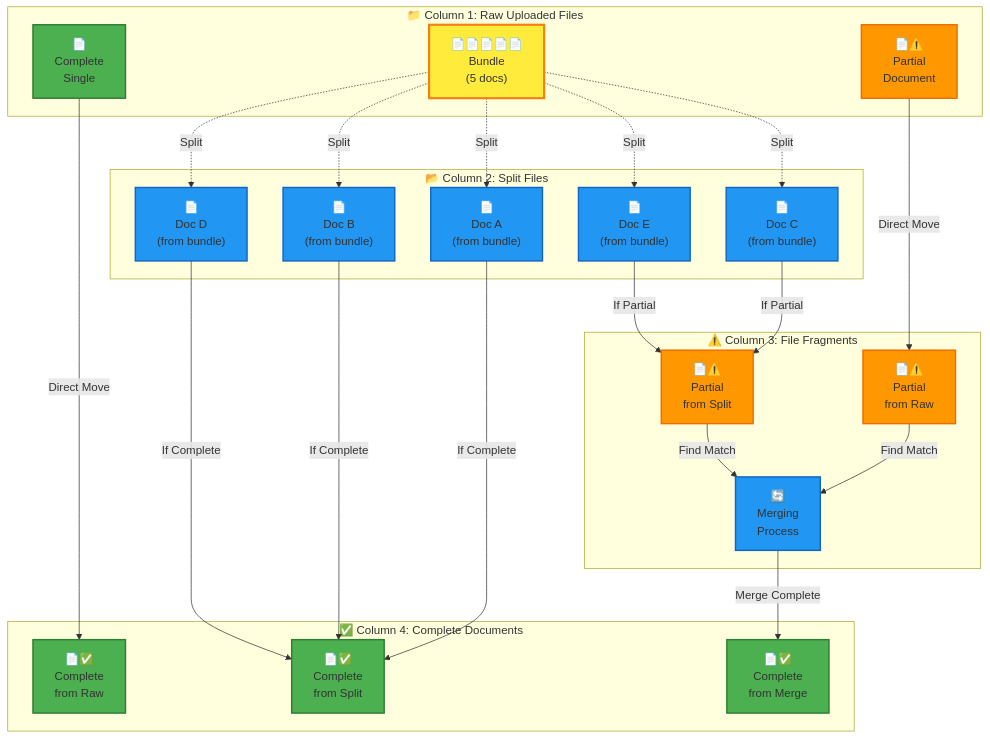
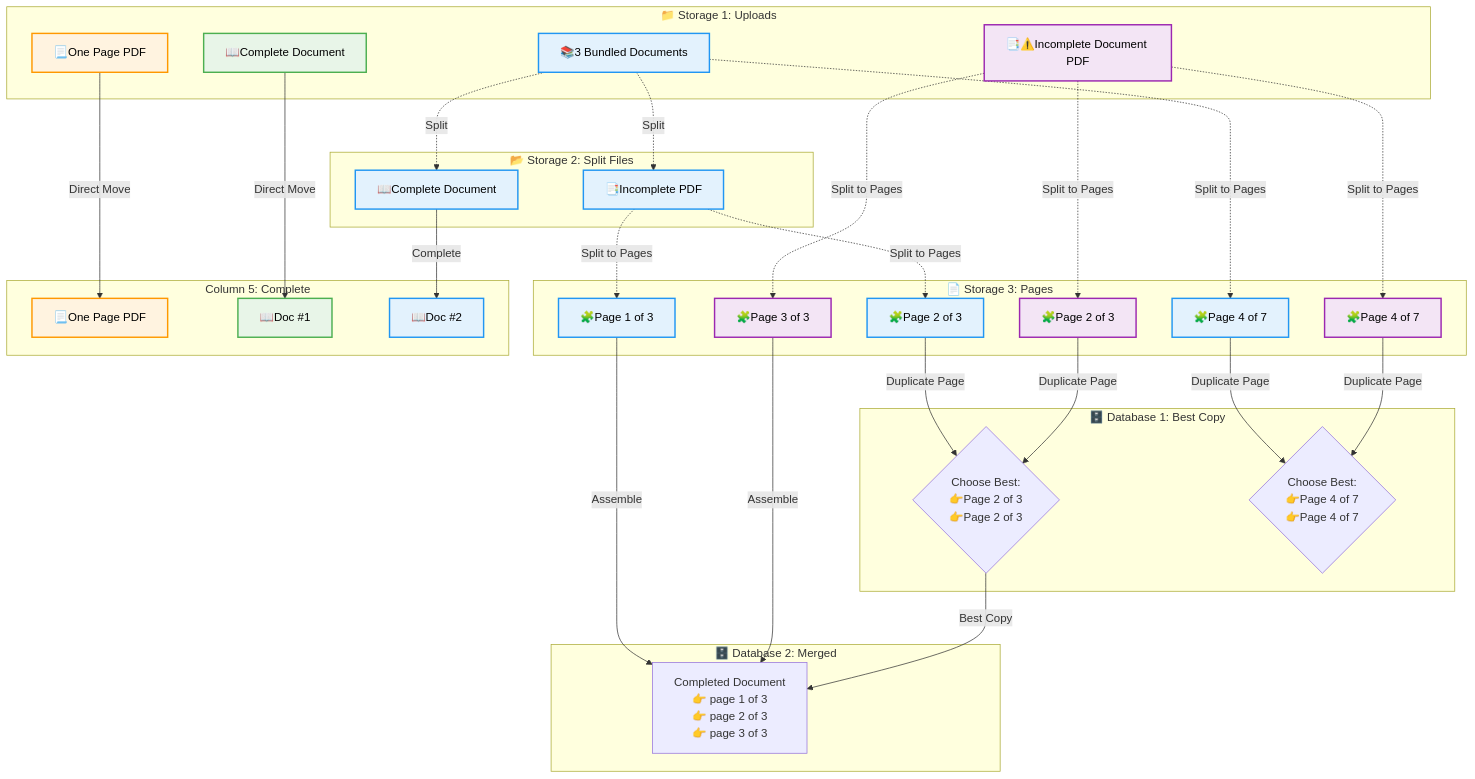
Before and after one commit to Mharbulous/Bookkeeper: the diagram in .plans/1. Ideas/Organizer.md, drawn with Mermaid. The commit also changed other lines of this file, not shown here.

Commit message:
Saving progress on my Organizer workflow

````diff
--- a/.plans/1. Ideas/Organizer.md
+++ b/.plans/1. Ideas/Organizer.md
@@ -68,63 +13,100 @@
 ```mermaid
 flowchart TB
-    subgraph Col1 ["📁 Column 1: Raw Uploaded Files"]
-        Bundle["📄📄📄📄📄<br/>Bundle<br/>(5 docs)"]
-        Single["📄<br/>Complete<br/>Single"]
-        Partial["📄⚠️<br/>Partial<br/>Document"]
+    subgraph Col1 ["📁 Storage 1: Uploads"]
+        OnePage["📃One Page PDF"]
+        Single["📖Complete Document"]
+        Incomplete["📑⚠️Incomplete Document PDF"]
+        Bundle["📚3 Bundled Documents"]
+
     end
+
+    subgraph Col2 ["📂 Storage 2: Split Files"]
+        DocA["📖Complete Document"]
+        DocC["📑Incomplete PDF"]
+
+    end
+
+    subgraph Col3 ["📄 Storage 3: Pages"]
+        SoloPage1["🧩Page 1 of 3"]
+        SoloPage2["🧩Page 2 of 3"]
+        OnePage_split["🧩Page 4 of 7"]
+        PageRaw1["🧩Page 4 of 7"]
+        PageRaw2["🧩Page 2 of 3"]
+        PageRaw3["🧩Page 3 of 3"]
+    end
+
+    subgraph Col4 ["🗄️ Database 2: Merged"]
+        MergedDoc["Completed Document<br/>👉 page 1 of 3<br/>👉 page 2 of 3<br/>👉 page 3 of 3"]
+    end
+
+    subgraph Col5 ["Column 5: Complete"]
+
+        OnePageComplete["📃One Page PDF"]
+        CompleteRaw["📖Doc #1"]
+        CompleteSplit["📖Doc #2"]
+
+    end
+
+    subgraph DB1 ["🗄️ Database 1: Best Copy"]
+        ChooseBestCopy2{"Choose Best:<br/>👉Page 2 of 3<br/>👉Page 2 of 3"}
+        ChooseBestCopy{"Choose Best:<br/>👉Page 4 of 7<br/>👉Page 4 of 7"}
+    end
+
+    %% Flow from Column 1
+
+    Single -->|Direct Move| CompleteRaw
+    OnePage -->|Direct Move| OnePageComplete
+
+
+    Bundle -.->|Split| DocA
+    Bundle -.->|Split to Pages| OnePage_split
+    Bundle -.->|Split| DocC
+
+    %% Flow from Column 2
+
+    DocA -->|Complete| CompleteSplit
+
+    DocC -.->|Split to Pages| SoloPage1
+    DocC -.->|Split to Pages| SoloPage2
+
+
+
+
+    %% Flow from Column 1 direct to Column 3
+    Incomplete -.->|Split to Pages| PageRaw1
+    Incomplete -.->|Split to Pages| PageRaw2
+    Incomplete -.->|Split to Pages| PageRaw3
+
+    %% Flow from Column 3 to Column 4 - Duplicate pages
+    OnePage_split -->|Duplicate Page| ChooseBestCopy
+    PageRaw1 -->|Duplicate Page| ChooseBestCopy
     
-    subgraph Col2 ["📂 Column 2: Split Files"]
-        DocA["📄<br/>Doc A<br/>(from bundle)"]
-        DocB["📄<br/>Doc B<br/>(from bundle)"]
-        DocC["📄<br/>Doc C<br/>(from bundle)"]
-        DocD["📄<br/>Doc D<br/>(from bundle)"]
-        DocE["📄<br/>Doc E<br/>(from bundle)"]
-    end
+    SoloPage2 -->|Duplicate Page| ChooseBestCopy2
+    PageRaw2 -->|Duplicate Page| ChooseBestCopy2
     
-    subgraph Col3 ["⚠️ Column 3: File Fragments"]
-        PartialRaw["📄⚠️<br/>Partial<br/>from Raw"]
-        PartialSplit["📄⚠️<br/>Partial<br/>from Split"]
-        Merging["🔄<br/>Merging<br/>Process"]
-    end
-    
-    subgraph Col4 ["✅ Column 4: Complete Documents"]
-        CompleteRaw["📄✅<br/>Complete<br/>from Raw"]
-        CompleteSplit["📄✅<br/>Complete<br/>from Split"]
-        CompleteMerge["📄✅<br/>Complete<br/>from Merge"]
-    end
-    
-    %% Flow from Column 1
-    Bundle -.->|Split| DocA
-    Bundle -.->|Split| DocB
-    Bundle -.->|Split| DocC
-    Bundle -.->|Split| DocD
-    Bundle -.->|Split| DocE
-    
-    Single -->|Direct Move| CompleteRaw
-    Partial -->|Direct Move| PartialRaw
-    
-    %% Flow from Column 2
-    DocA -->|If Complete| CompleteSplit
-    DocB -->|If Complete| CompleteSplit
-    DocC -->|If Partial| PartialSplit
-    DocD -->|If Complete| CompleteSplit
-    DocE -->|If Partial| PartialSplit
-    
-    %% Flow within Column 3
-    PartialRaw -->|Find Match| Merging
-    PartialSplit -->|Find Match| Merging
-    
-    %% Flow from Column 3 to Column 4
-    Merging -->|Merge Complete| CompleteMerge
-    
-    %% Styling
-    classDef bundleCard fill:#ffeb3b,stroke:#f57f17,stroke-width:3px
-    classDef completeCard fill:#4caf50,stroke:#2e7d32,stroke-width:2px
-    classDef partialCard fill:#ff9800,stroke:#ef6c00,stroke-width:2px
-    classDef processCard fill:#2196f3,stroke:#1565c0,stroke-width:2px
-    
-    class Bundle bundleCard
-    class Single,CompleteRaw,CompleteSplit,CompleteMerge completeCard
-    class Partial,PartialRaw,PartialSplit partialCard
-    class DocA,DocB,DocC,DocD,DocE,Merging processCard
+    %% Flow from Column 3 to Column 4 - Assembling pages into merged document
+    SoloPage1 -->|Assemble| MergedDoc
+    PageRaw3 -->|Assemble| MergedDoc
+    ChooseBestCopy2 -->|Best Copy| MergedDoc
+
+
+    %% Color Coding by Document Source/Family
+    classDef singleDocFamily fill:#e8f5e8,stroke:#4caf50,stroke-width:2px,color:#000000
+    classDef bundleDocFamily fill:#e3f2fd,stroke:#2196f3,stroke-width:2px,color:#000000
+    classDef incompleteDocFamily fill:#f3e5f5,stroke:#9c27b0,stroke-width:2px,color:#000000
+    classDef onePageDocFamily fill:#fff3e0,stroke:#ff9800,stroke-width:2px,color:#000000
+    classDef duplicateNode fill:#ffebee,stroke:#f44336,stroke-width:2px,color:#000000
+
+    %% Single Complete Document Family (Light Green)
+    class Single,CompleteRaw singleDocFamily
+
+    %% Bundle Document Family (Light Blue)
+    class Bundle,DocA,OnePage_split,DocC,SoloPage1,SoloPage2,CompleteSplit bundleDocFamily
+
+    %% Incomplete Document Family (Light Purple)
+    class Incomplete,PageRaw1,PageRaw2,PageRaw3 incompleteDocFamily
+
+    %% One Page Document Family (Light Orange)
+    class OnePage,OnePageComplete onePageDocFamily
+
 ```
````
